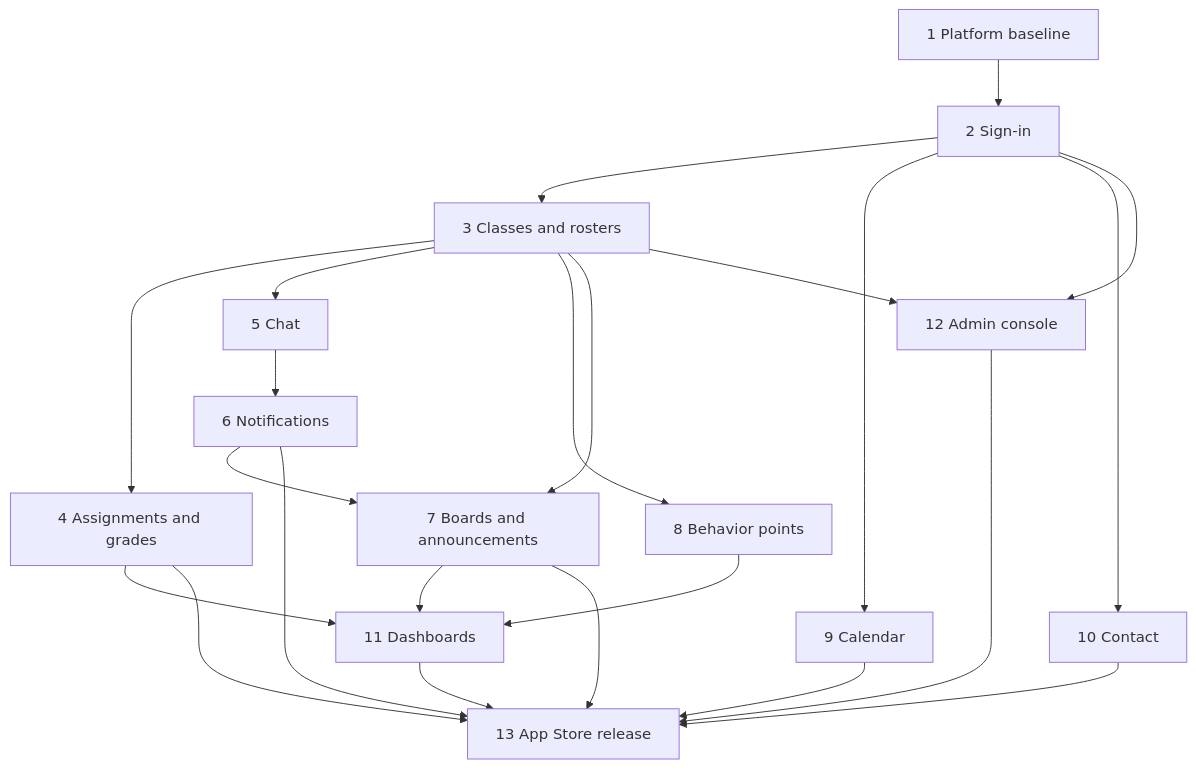
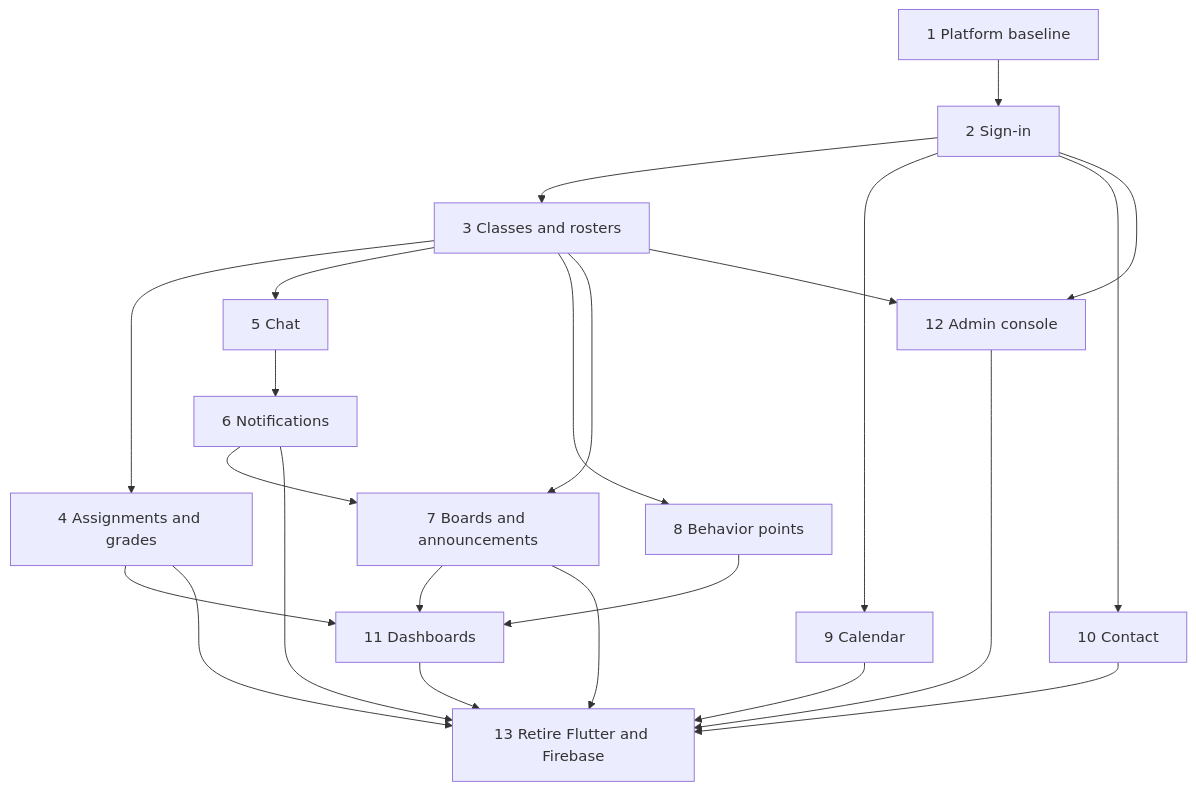
The diagram in _bmad-output/initiative-capacitor-supabase-port/architecture-capacitor-supabase-port/epic-map-capacitor-supabase-port.md (Sallvainian/Fermi), drawn with Mermaid before and after one commit. The commit also changed other lines of this file and 22 other files, not shown here.

````diff
--- a/_bmad-output/initiative-capacitor-supabase-port/architecture-capacitor-supabase-port/epic-map-capacitor-supabase-port.md
+++ b/_bmad-output/initiative-capacitor-supabase-port/architecture-capacitor-supabase-port/epic-map-capacitor-supabase-port.md
@@ -13,25 +13,25 @@
 ```mermaid
 flowchart TD
   E1[1 Platform baseline] --> E2[2 Sign-in]
   E2 --> E3[3 Classes and rosters]
   E2 --> E9[9 Calendar]
   E2 --> E10[10 Contact]
   E3 --> E4[4 Assignments and grades]
   E3 --> E5[5 Chat]
   E3 --> E8[8 Behavior points]
   E5 --> E6[6 Notifications]
   E3 --> E7[7 Boards and announcements]
   E6 --> E7
   E4 --> E11[11 Dashboards]
   E7 --> E11
   E8 --> E11
   E2 --> E12[12 Admin console]
   E3 --> E12
-  E4 --> E13[13 App Store release]
+  E4 --> E13[13 Retire Flutter and Firebase]
   E6 --> E13
   E7 --> E13
   E9 --> E13
   E10 --> E13
   E11 --> E13
   E12 --> E13
 ```
````
